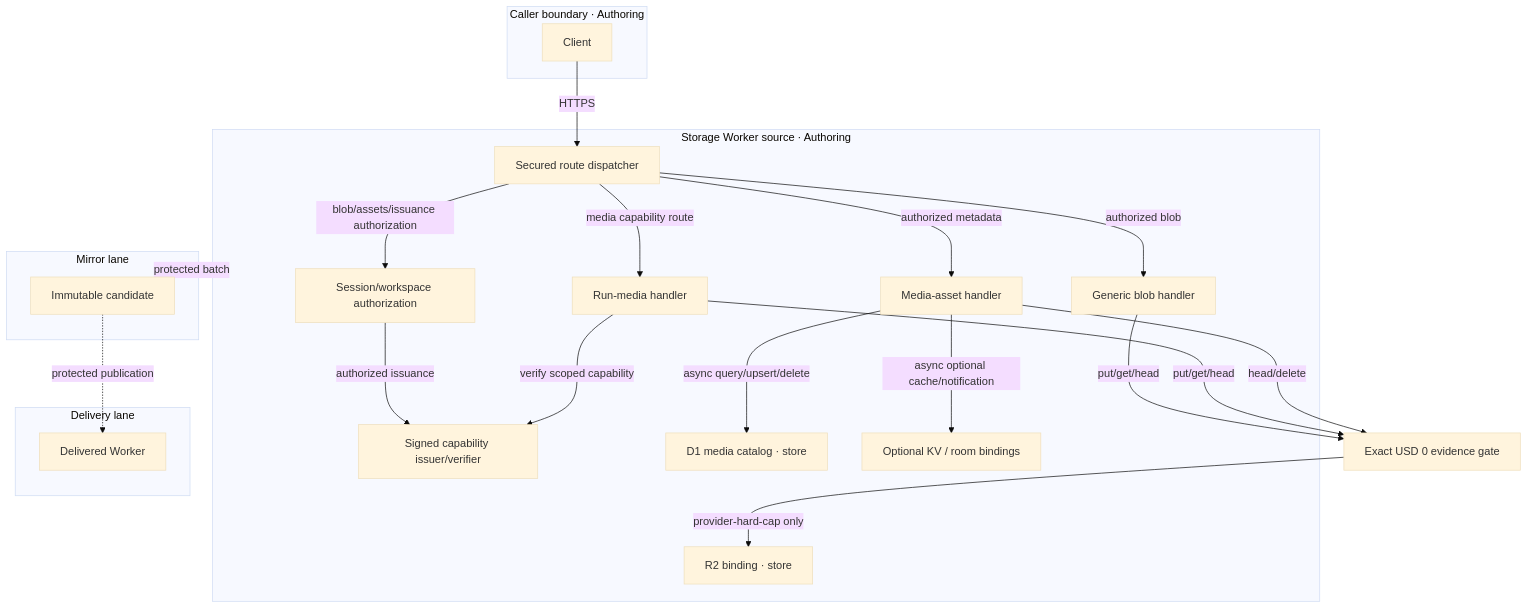
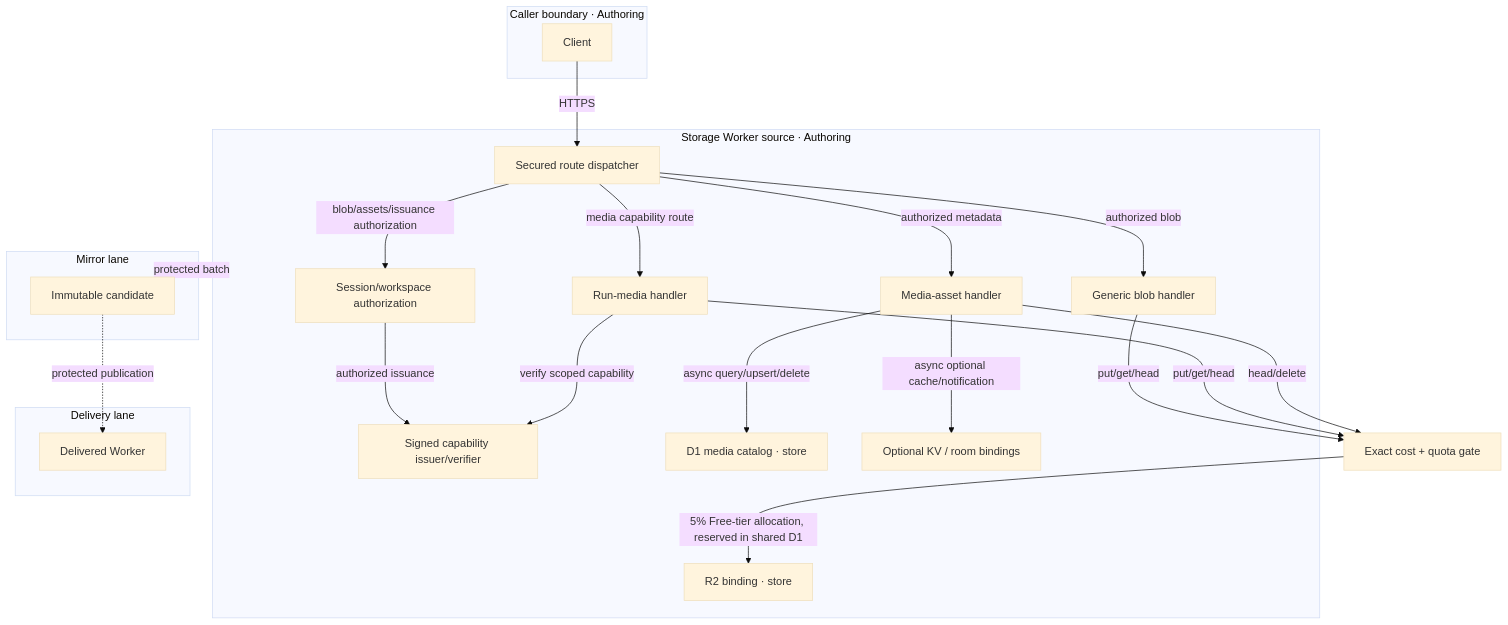
Before and after one commit to huijoohwee/agentic-graph: the diagram in docs/documents/agentic-graph-artifact-media-storage-architecture.md, drawn with Mermaid (base theme). The commit also changed other lines of this file and 11 other files, not shown here.

Commit message:
feat: bound Graph R2 to shared Free quota

````diff
--- a/docs/documents/agentic-graph-artifact-media-storage-architecture.md
+++ b/docs/documents/agentic-graph-artifact-media-storage-architecture.md
@@ -115,38 +115,38 @@
 ```mermaid
 flowchart TB
   subgraph Caller["Caller boundary · Authoring"]
     Client["Client"]
   end
   subgraph WorkerSource["Storage Worker source · Authoring"]
     Dispatch["Secured route dispatcher"]
     Blob["Generic blob handler"]
     Media["Run-media handler"]
     Assets["Media-asset handler"]
     Auth["Session/workspace authorization"]
     Capability["Signed capability issuer/verifier"]
     Bucket["R2 binding · store"]
     Catalog["D1 media catalog · store"]
     Optional["Optional KV / room bindings"]
   end
   subgraph MirrorLane["Mirror lane"]
     Mirror["Immutable candidate"]
   end
   subgraph DeliveryLane["Delivery lane"]
     Delivered["Delivered Worker"]
   end
   Client -- "HTTPS" --> Dispatch
   Dispatch -- "blob/assets/issuance authorization" --> Auth
   Dispatch -- "authorized blob" --> Blob
   Dispatch -- "media capability route" --> Media
   Dispatch -- "authorized metadata" --> Assets
   Auth -- "authorized issuance" --> Capability
   Media -- "verify scoped capability" --> Capability
-  Blob -- "put/get/head" --> CostGate["Exact USD 0 evidence gate"]
+  Blob -- "put/get/head" --> CostGate["Exact cost + quota gate"]
   Media -- "put/get/head" --> CostGate
   Assets -- "head/delete" --> CostGate
-  CostGate -- "provider-hard-cap only" --> Bucket
+  CostGate -- "5% Free-tier allocation, reserved in shared D1" --> Bucket
   Assets -- "async query/upsert/delete" --> Catalog
   Assets -- "async optional cache/notification" --> Optional
   WorkerSource -. "protected batch" .-> Mirror
   Mirror -. "protected publication" .-> Delivered
 ```
````
